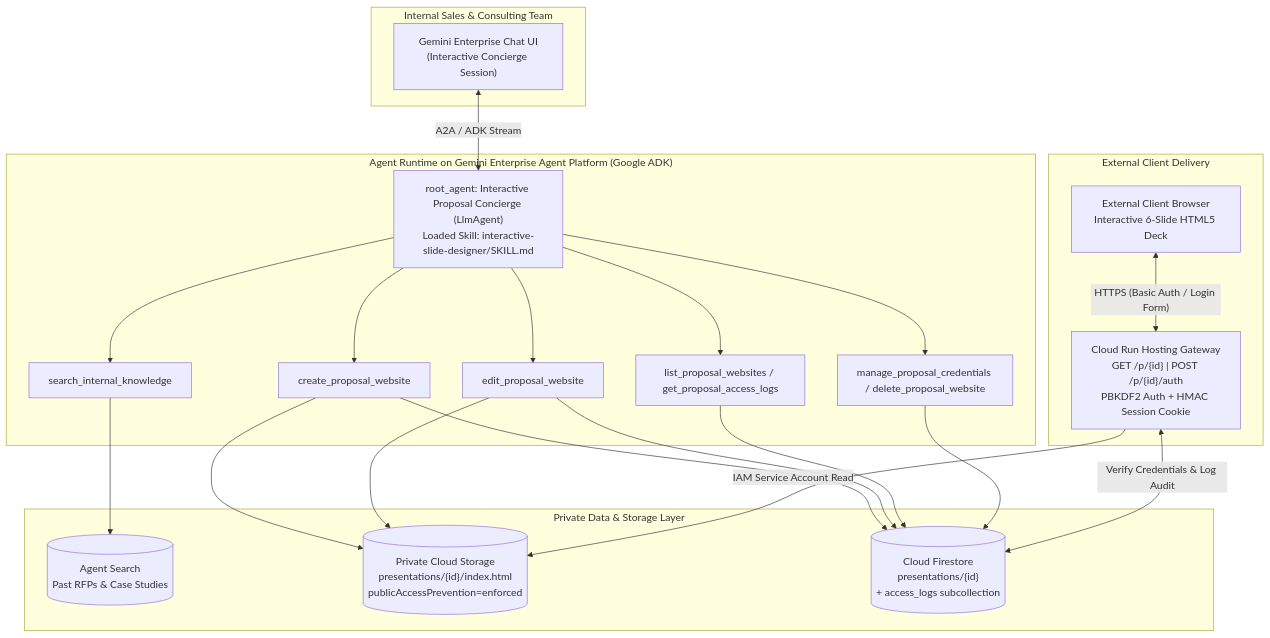
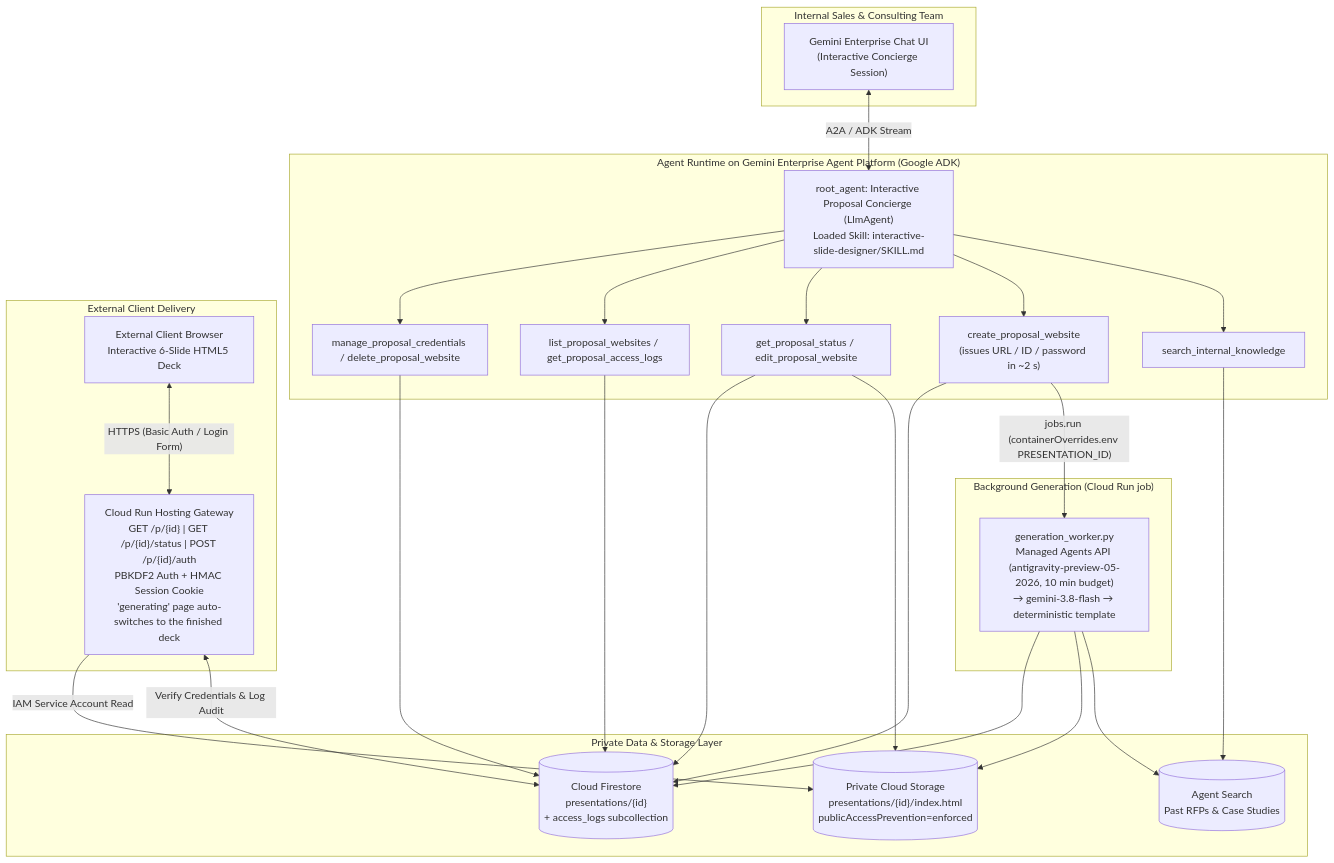
The diagram in README.md (ryotat7/ge-proposal-site-publisher), drawn with Mermaid before and after one commit. The commit also changed other lines of this file and 12 other files, not shown here.

````diff
--- a/README.md
+++ b/README.md
@@ -21,35 +22,41 @@
 ```mermaid
 flowchart TB
     subgraph Internal["Internal Sales & Consulting Team"]
         GE["Gemini Enterprise Chat UI<br/>(Interactive Concierge Session)"]
     end
 
     subgraph AgentRuntime["Agent Runtime on Gemini Enterprise Agent Platform (Google ADK)"]
         Concierge["root_agent: Interactive Proposal Concierge (LlmAgent)<br/>Loaded Skill: interactive-slide-designer/SKILL.md"]
         T1["search_internal_knowledge"]
-        T2["create_proposal_website"]
-        T3["edit_proposal_website"]
+        T2["create_proposal_website<br/>(issues URL / ID / password in ~2 s)"]
+        T3["get_proposal_status / edit_proposal_website"]
         T4["list_proposal_websites / get_proposal_access_logs"]
         T5["manage_proposal_credentials / delete_proposal_website"]
         Concierge --> T1 & T2 & T3 & T4 & T5
+    end
+
+    subgraph Worker["Background Generation (Cloud Run job)"]
+        JOB["generation_worker.py<br/>Managed Agents API (antigravity-preview-05-2026, 10 min budget)<br/>→ gemini-3.8-flash → deterministic template"]
     end
 
     subgraph DataLayer["Private Data & Storage Layer"]
         VAS[("Agent Search<br/>Past RFPs & Case Studies")]
         GCS[("Private Cloud Storage<br/>presentations/{id}/index.html<br/>publicAccessPrevention=enforced")]
         FS[("Cloud Firestore<br/>presentations/{id}<br/>+ access_logs subcollection")]
     end
 
     subgraph ExternalDelivery["External Client Delivery"]
-        CR["Cloud Run Hosting Gateway<br/>GET /p/{id} | POST /p/{id}/auth<br/>PBKDF2 Auth + HMAC Session Cookie"]
+        CR["Cloud Run Hosting Gateway<br/>GET /p/{id} | GET /p/{id}/status | POST /p/{id}/auth<br/>PBKDF2 Auth + HMAC Session Cookie<br/>'generating' page auto-switches to the finished deck"]
         Client["External Client Browser<br/>Interactive 6-Slide HTML5 Deck"]
     end
 
     GE <-->|"A2A / ADK Stream"| Concierge
     T1 --> VAS
-    T2 & T3 --> GCS
-    T2 & T3 & T4 & T5 --> FS
+    T2 -->|"jobs.run (containerOverrides.env PRESENTATION_ID)"| JOB
+    JOB --> VAS
+    JOB & T3 --> GCS
+    T2 & T3 & T4 & T5 & JOB --> FS
     Client <-->|"HTTPS (Basic Auth / Login Form)"| CR
     CR <-->|"Verify Credentials & Log Audit"| FS
     CR -->|"IAM Service Account Read"| GCS
 ```
````
